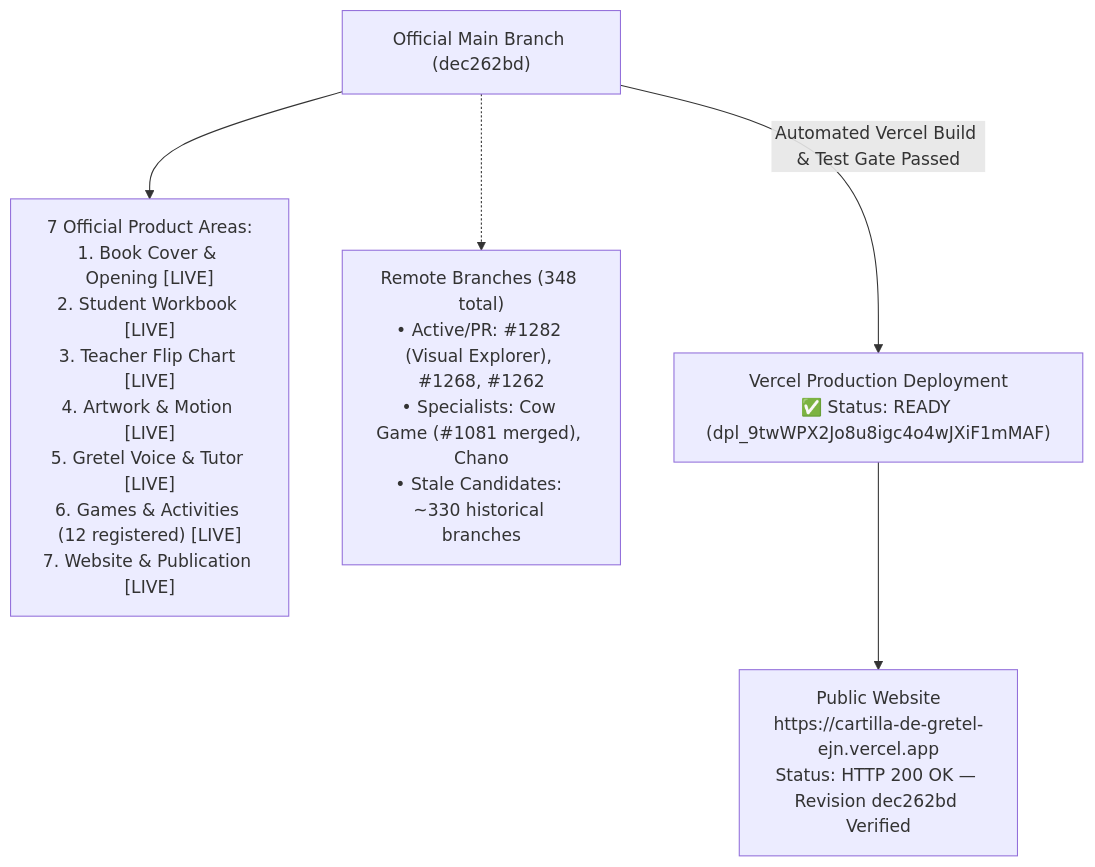
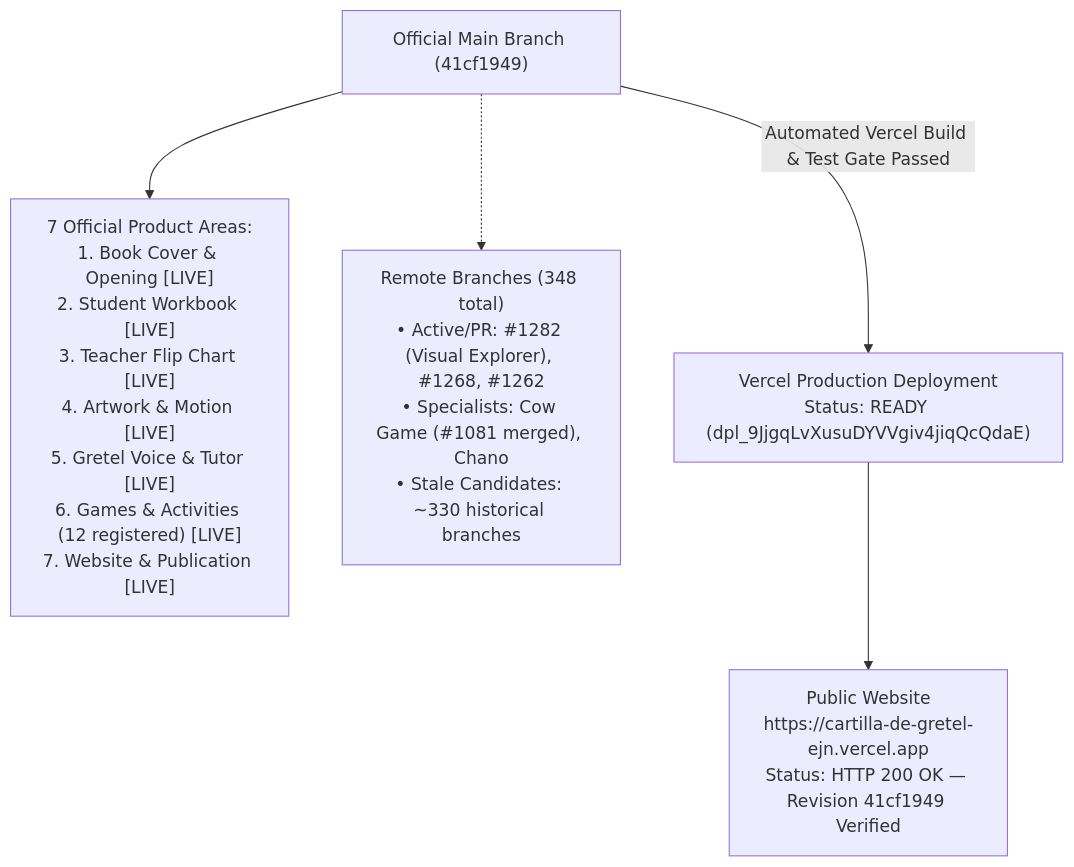
The first of 2 diagrams in docs/OWNER-VISUAL-STATUS.md (ejnburrows-rgb/cartilla-de-gretel), drawn with Mermaid before and after one commit. The commit also changed other lines of this file, not shown here.

Commit message:
docs: update owner visual status reflecting verified live production deployment of unified pencil design (#1288)

````diff
--- a/docs/OWNER-VISUAL-STATUS.md
+++ b/docs/OWNER-VISUAL-STATUS.md
@@ -16,13 +16,13 @@
 ```mermaid
 flowchart TD
-    MAIN["Official Main Branch (dec262bd)"]
+    MAIN["Official Main Branch (41cf1949)"]
     AREAS["7 Official Product Areas:<br/>1. Book Cover & Opening [LIVE]<br/>2. Student Workbook [LIVE]<br/>3. Teacher Flip Chart [LIVE]<br/>4. Artwork & Motion [LIVE]<br/>5. Gretel Voice & Tutor [LIVE]<br/>6. Games & Activities (12 registered) [LIVE]<br/>7. Website & Publication [LIVE]"]
     BRANCHES["Remote Branches (348 total)<br/>• Active/PR: #1282 (Visual Explorer), #1268, #1262<br/>• Specialists: Cow Game (#1081 merged), Chano<br/>• Stale Candidates: ~330 historical branches"]
-    VERCEL["Vercel Production Deployment<br/>✅ Status: READY (dpl_9twWPX2Jo8u8igc4o4wJXiF1mMAF)"]
-    LIVE["Public Website<br/>https://cartilla-de-gretel-ejn.vercel.app<br/>Status: HTTP 200 OK — Revision dec262bd Verified"]
+    VERCEL["Vercel Production Deployment<br/>Status: READY (dpl_9JjgqLvXusuDYVVgiv4jiqQcQdaE)"]
+    LIVE["Public Website<br/>https://cartilla-de-gretel-ejn.vercel.app<br/>Status: HTTP 200 OK — Revision 41cf1949 Verified"]
 
     MAIN --> AREAS
     MAIN -.-> BRANCHES
     MAIN -->|Automated Vercel Build & Test Gate Passed| VERCEL
     VERCEL --> LIVE
 ```
````
